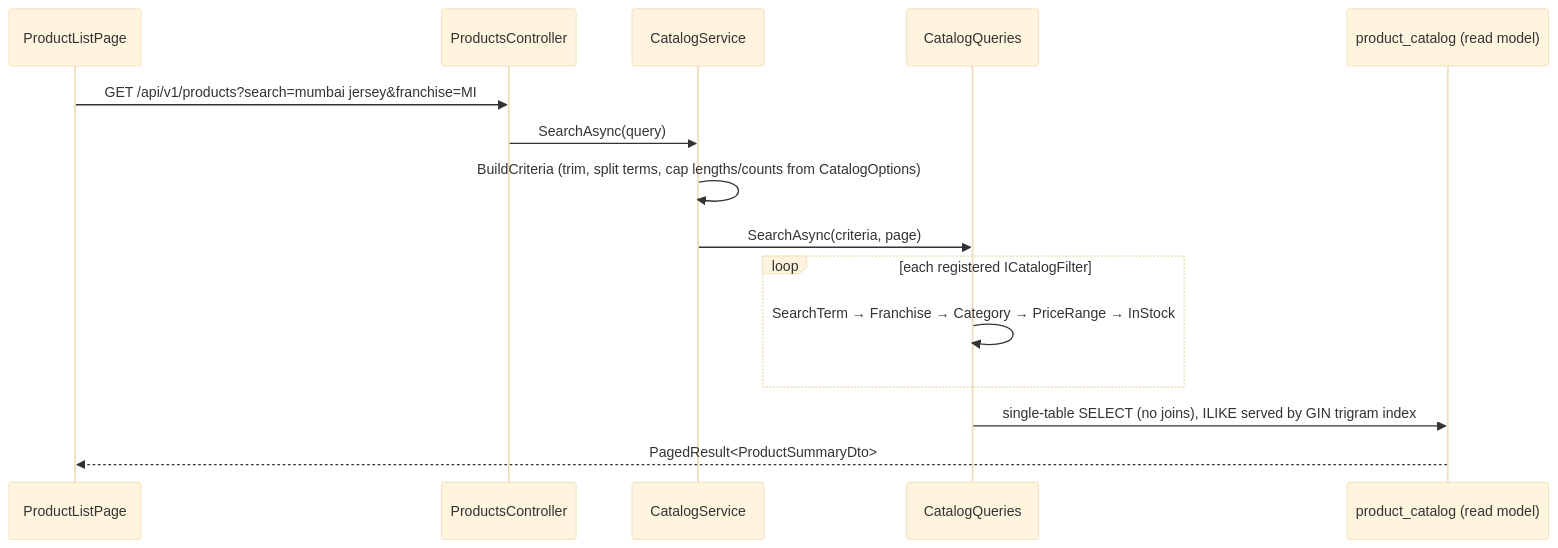
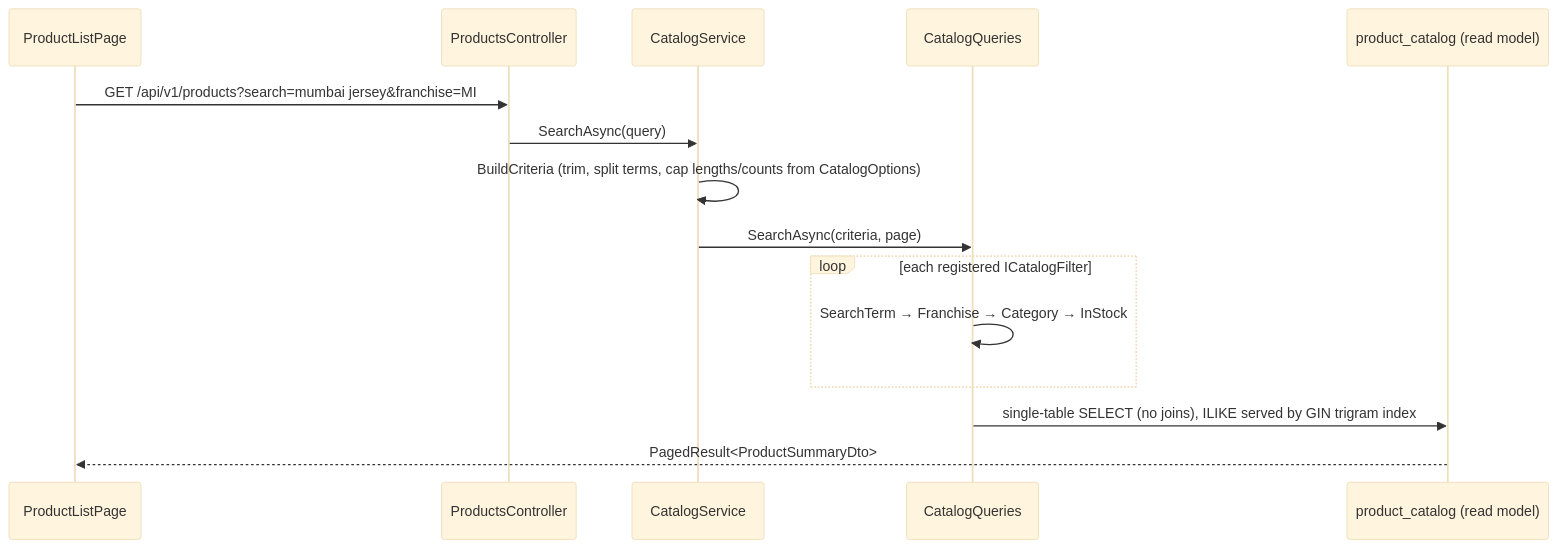
One commit to Abhishek-pers/IPL-Merchandise changed the second of 5 diagrams in docs/10-design-document.md. Above: the diagram before and after it, drawn with Mermaid (base theme). The commit also changed other lines of this file and 12 other files, not shown here.

First line of the commit message:
refactor(catalog): remove the unrequested price-range filter

````diff
--- a/docs/10-design-document.md
+++ b/docs/10-design-document.md
@@ -114,17 +114,17 @@
 ```mermaid
 sequenceDiagram
     participant UI as ProductListPage
     participant C as ProductsController
     participant S as CatalogService
     participant Q as CatalogQueries
     participant DB as product_catalog (read model)
     UI->>C: GET /api/v1/products?search=mumbai jersey&franchise=MI
     C->>S: SearchAsync(query)
     S->>S: BuildCriteria (trim, split terms, cap lengths/counts from CatalogOptions)
     S->>Q: SearchAsync(criteria, page)
     loop each registered ICatalogFilter
-        Q->>Q: SearchTerm → Franchise → Category → PriceRange → InStock
+        Q->>Q: SearchTerm → Franchise → Category → InStock
     end
     Q->>DB: single-table SELECT (no joins), ILIKE served by GIN trigram index
     DB-->>UI: PagedResult<ProductSummaryDto>
 ```
````
